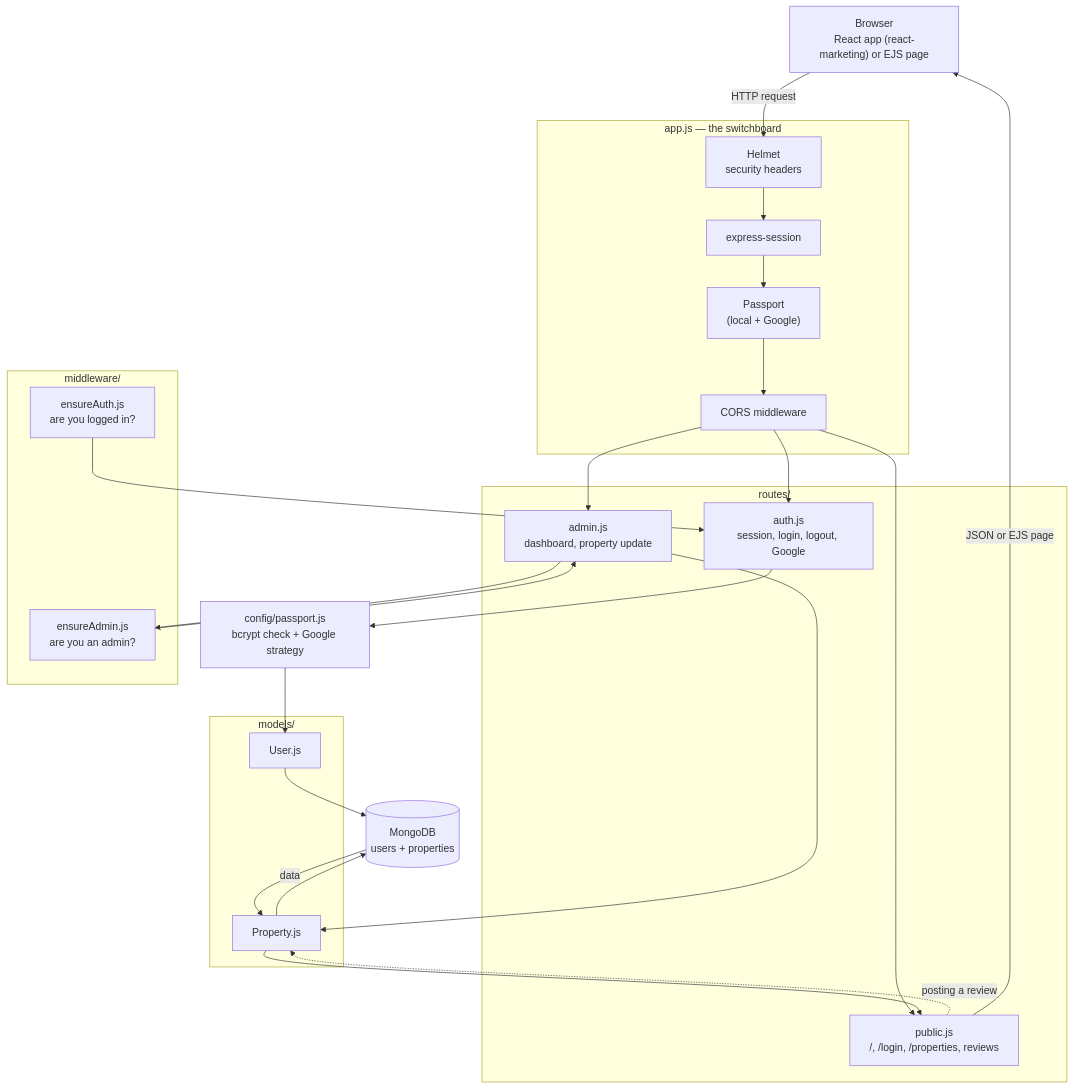
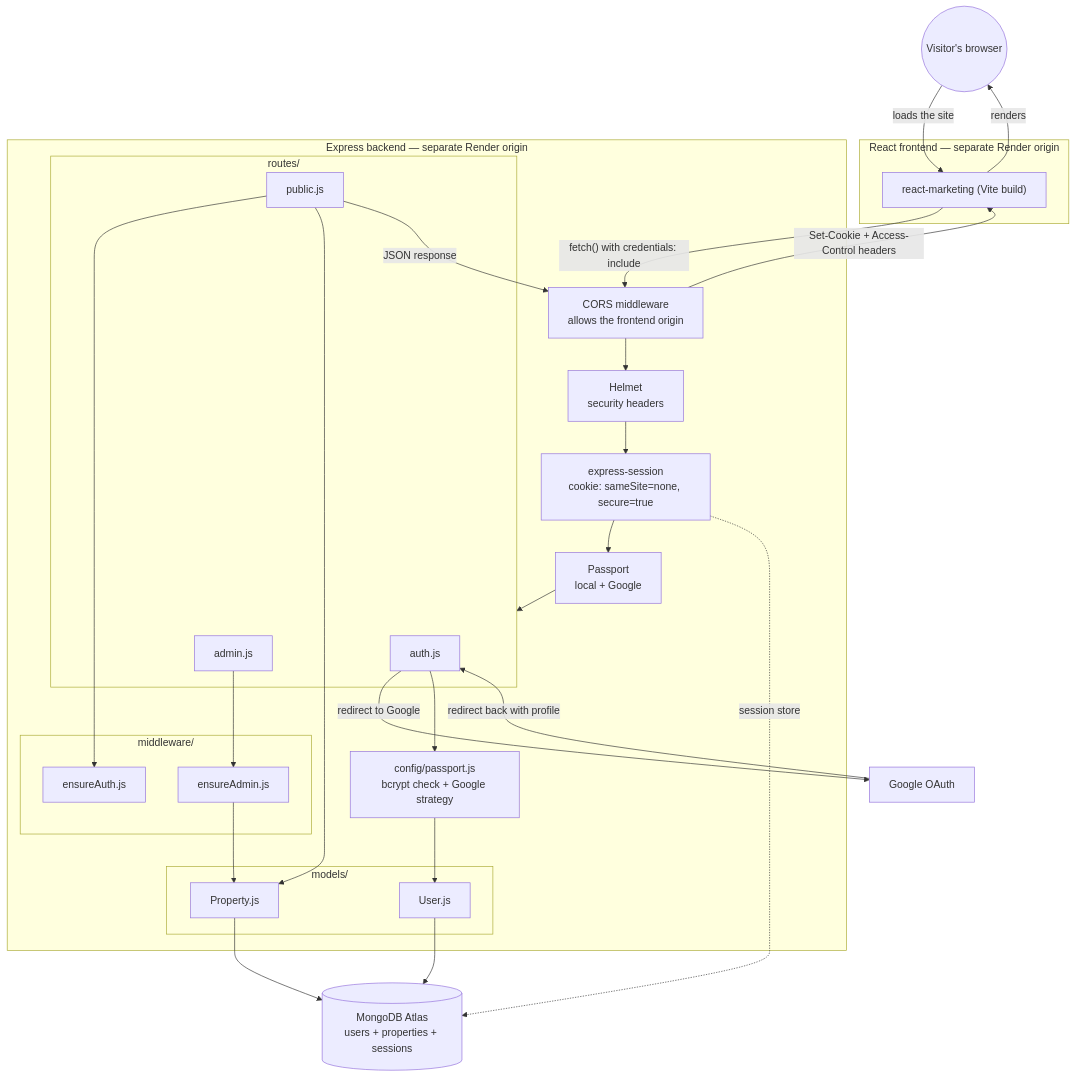
One commit to cortezlb-coder/ics385spring2026 changed the diagram in week15/term-project/docs/data-flow-diagram.md. Above: the diagram before and after it, drawn with Mermaid. The commit also changed other lines of this file and 2 other files, not shown here.

Commit message:
Refactor amenities handling in MarketingPage component; update data flow diagram for clarity

````diff
--- a/week15/term-project/docs/data-flow-diagram.md
+++ b/week15/term-project/docs/data-flow-diagram.md
@@ -5,50 +5,54 @@
 ```mermaid
 flowchart TD
-    Browser["Browser<br/>React app (react-marketing) or EJS page"]
+    User(("Visitor's browser"))
 
-    subgraph AppJS["app.js — the switchboard"]
-        Helmet["Helmet<br/>security headers"]
-        Session["express-session"]
-        Passport["Passport<br/>(local + Google)"]
-        CORS["CORS middleware"]
+    subgraph Frontend["React frontend — separate Render origin"]
+        ReactApp["react-marketing (Vite build)"]
     end
 
-    subgraph Routes["routes/"]
-        AuthRoutes["auth.js<br/>session, login, logout, Google"]
-        PublicRoutes["public.js<br/>/, /login, /properties, reviews"]
-        AdminRoutes["admin.js<br/>dashboard, property update"]
+    subgraph Backend["Express backend — separate Render origin"]
+        Helmet["Helmet<br/>security headers"]
+        CORS["CORS middleware<br/>allows the frontend origin"]
+        Session["express-session<br/>cookie: sameSite=none, secure=true"]
+        Passport["Passport<br/>local + Google"]
+
+        subgraph Routes["routes/"]
+            AuthRoutes["auth.js"]
+            PublicRoutes["public.js"]
+            AdminRoutes["admin.js"]
+        end
+
+        subgraph Middleware["middleware/"]
+            EnsureAuth["ensureAuth.js"]
+            EnsureAdmin["ensureAdmin.js"]
+        end
+
+        PassportConfig["config/passport.js<br/>bcrypt check + Google strategy"]
+
+        subgraph Models["models/"]
+            UserModel["User.js"]
+            PropertyModel["Property.js"]
+        end
     end
 
-    subgraph Middleware["middleware/"]
-        EnsureAuth["ensureAuth.js<br/>are you logged in?"]
-        EnsureAdmin["ensureAdmin.js<br/>are you an admin?"]
-    end
+    Google["Google OAuth"]
+    MongoDB[("MongoDB Atlas<br/>users + properties + sessions")]
 
-    PassportConfig["config/passport.js<br/>bcrypt check + Google strategy"]
+    User -->|"loads the site"| ReactApp
+    ReactApp -->|"fetch() with credentials: include"| CORS
+    CORS --> Helmet --> Session --> Passport --> Routes
 
-    subgraph Models["models/"]
-        UserModel["User.js"]
-        PropertyModel["Property.js"]
-    end
+    AuthRoutes -->|"redirect to Google"| Google
+    Google -->|"redirect back with profile"| AuthRoutes
+    AuthRoutes --> PassportConfig --> UserModel
 
-    MongoDB[("MongoDB<br/>users + properties")]
-
-    Browser -->|"HTTP request"| Helmet --> Session --> Passport --> CORS
-    CORS --> AuthRoutes
-    CORS --> PublicRoutes
-    CORS --> AdminRoutes
-
-    AuthRoutes --> PassportConfig
-    PassportConfig --> UserModel
-
-    AdminRoutes --> EnsureAdmin --> AdminRoutes
-    PublicRoutes -.->|"posting a review"| PropertyModel
-
-    AdminRoutes --> PropertyModel
-    EnsureAuth --> AuthRoutes
+    AdminRoutes --> EnsureAdmin --> PropertyModel
+    PublicRoutes --> EnsureAuth
+    PublicRoutes --> PropertyModel
 
     UserModel --> MongoDB
     PropertyModel --> MongoDB
+    Session -.->|"session store"| MongoDB
 
-    MongoDB -->|"data"| PropertyModel --> PublicRoutes -->|"JSON or EJS page"| Browser
+    PublicRoutes -->|"JSON response"| CORS -->|"Set-Cookie + Access-Control headers"| ReactApp -->|"renders"| User
 ```
````
